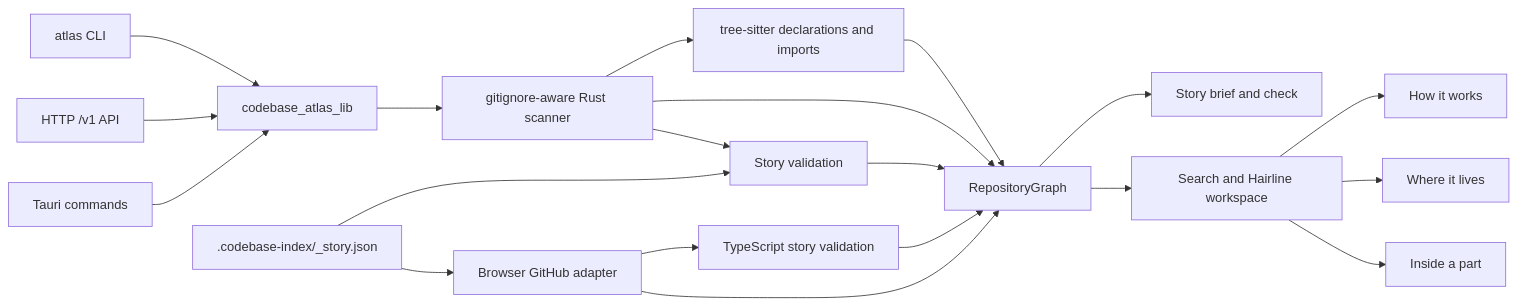
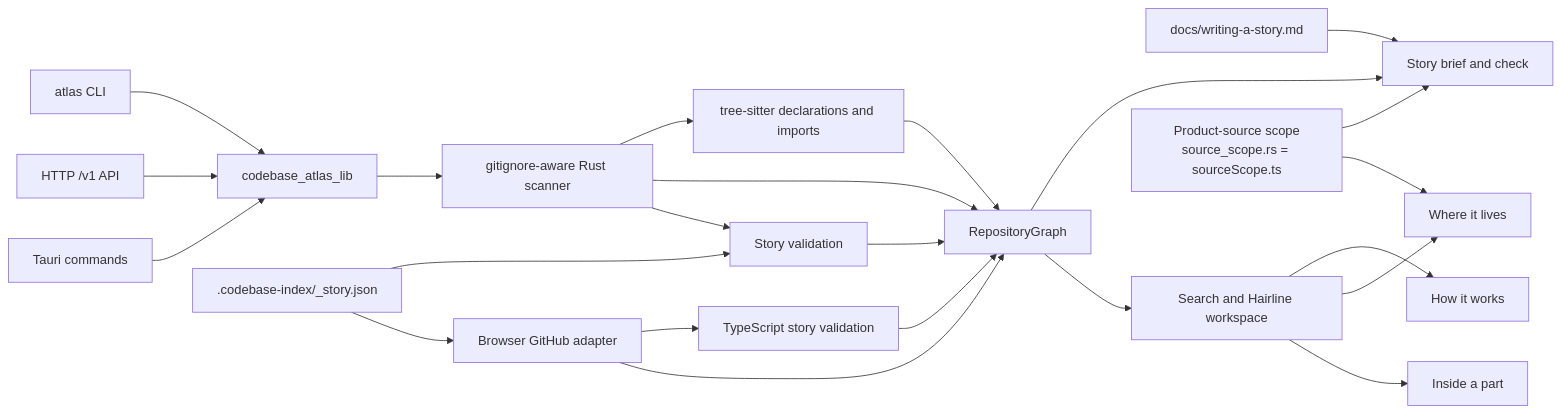
One commit to Volpestyle/codebase-atlas changed the first of 2 diagrams in README.md. Above: the diagram before and after it, drawn with Mermaid. The commit also changed other lines of this file and 4 other files, not shown here.

````diff
--- a/README.md
+++ b/README.md
@@ -9,22 +9,25 @@
 ```mermaid
 flowchart LR
   CLI[atlas CLI] --> API[codebase_atlas_lib]
   HTTP[HTTP /v1 API] --> API
   Tauri[Tauri commands] --> API
   API --> Scanner[gitignore-aware Rust scanner]
   Scanner --> Parse[tree-sitter declarations and imports]
   Parse --> Graph[RepositoryGraph]
   Scanner --> Graph
+  Rules[docs/writing-a-story.md] --> Brief
   Story[.codebase-index/_story.json] --> Validate[Story validation]
   Validate --> Graph
   Scanner --> Validate
   GH[Browser GitHub adapter] --> Web[TypeScript story validation]
   Story --> GH
   GH --> Graph
   Web --> Graph
   Graph --> Brief[Story brief and check]
   Graph --> UI[Search and Hairline workspace]
+  Scope[Product-source scope<br/>source_scope.rs = sourceScope.ts] --> Brief
+  Scope --> Territory
   UI --> Journey[How it works]
   UI --> Territory[Where it lives]
   UI --> Part[Inside a part]
 ```
````
